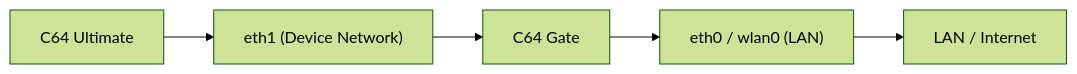
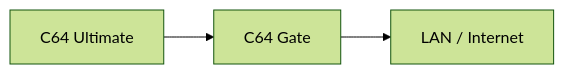
One commit to chrisgleissner/c64gate changed the first of 5 diagrams in doc/architecture.md. Above: the diagram before and after it, drawn with Mermaid (forest theme). The commit also changed other lines of this file and 53 other files, not shown here.

````diff
--- a/doc/architecture.md
+++ b/doc/architecture.md
@@ -42,10 +208,8 @@
-``` mermaid
+```mermaid
 flowchart LR
     C64["C64 Ultimate"]
-    ETH1["eth1 (Device Network)"]
     GATE["C64 Gate"]
-    ETH0["eth0 / wlan0 (LAN)"]
-    INTERNET["LAN / Internet"]
+    NET["LAN / Internet"]
 
-    C64 --> ETH1 --> GATE --> ETH0 --> INTERNET
+    C64 --> GATE --> NET
 ```
````
